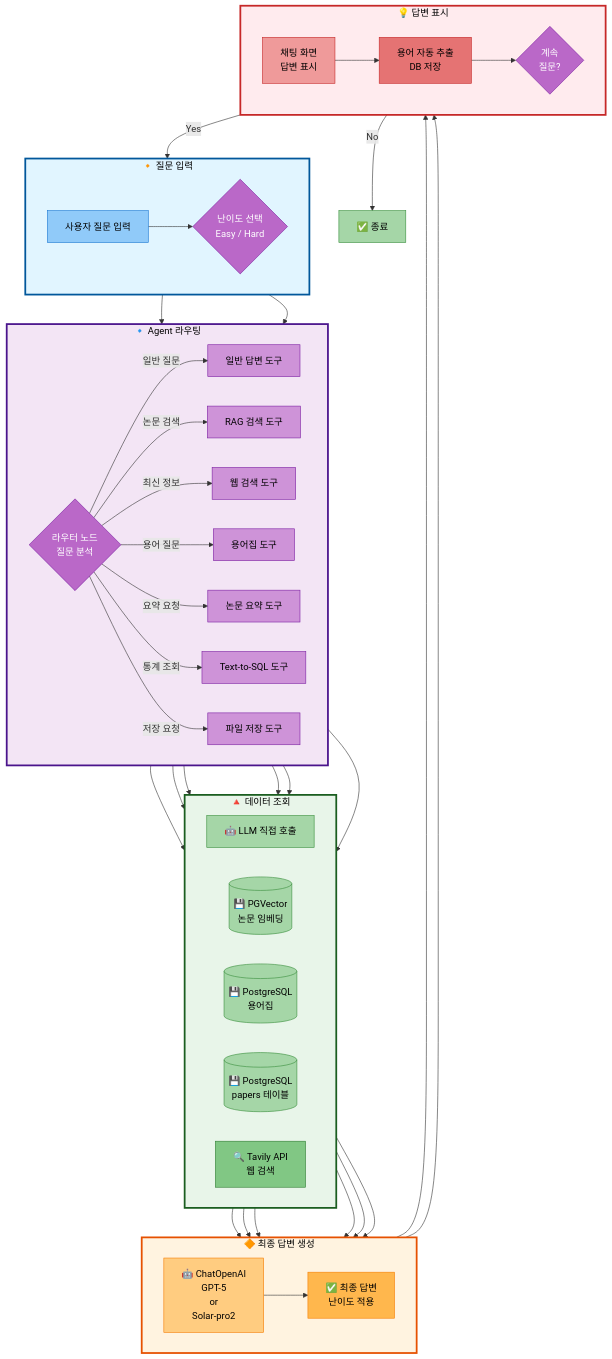
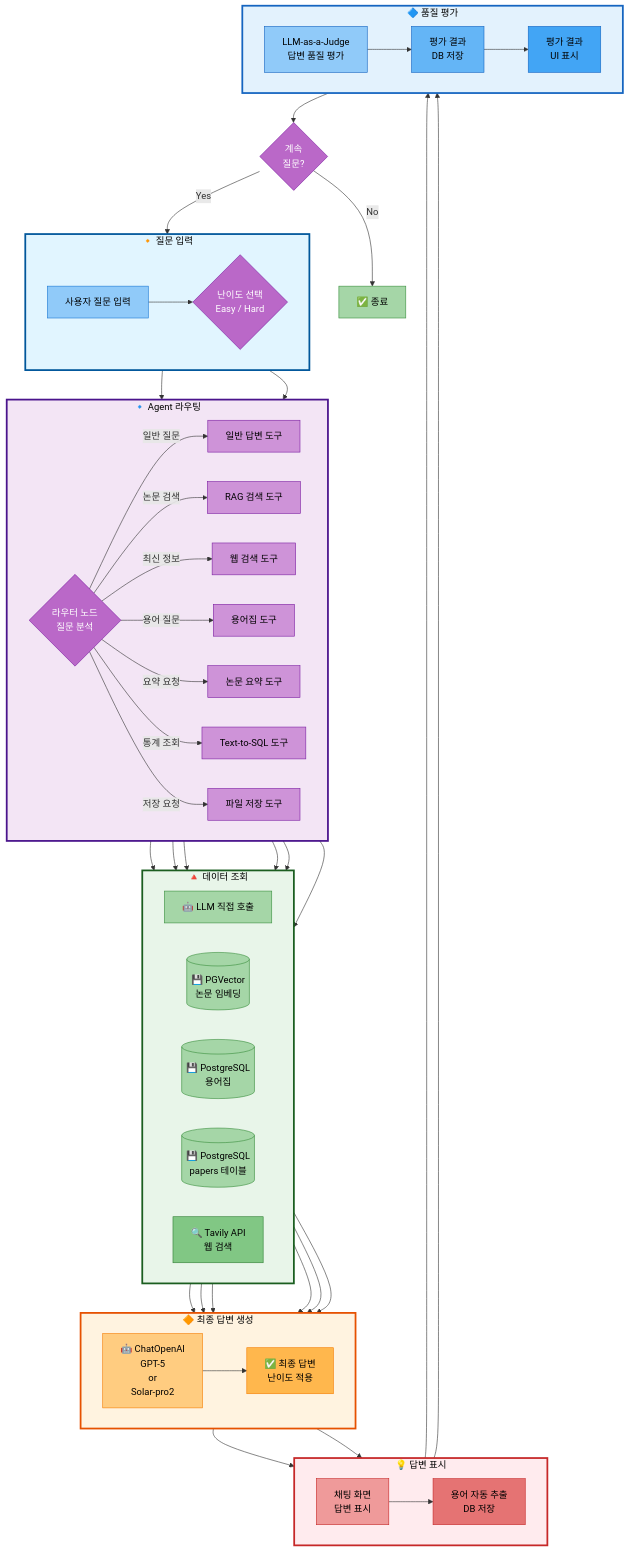
Before and after one commit to AIBootcamp14/langchainproject-new-langchainproject_5: the second of 3 diagrams in docs/modularization/01_프로젝트_구조.md, drawn with Mermaid. The commit also changed other lines of this file, not shown here.

Commit message:
docs: 사용자 질문 처리 흐름도에 실시간 품질 평가 단계 추가
- 품질 평가 subgraph 추가 (LLM-as-a-Judge)
- 평가 노드 3개 추가 (평가 수행, DB 저장, UI 표시)
- 평가 단계 설명 추가 (4가지 평가 지표)
- 워크플로우 흐름: 답변 표시 → 품질 평가 → 계속 질문?
- 참고 사항 업데이트 (실시간 평가로 변경)

````diff
--- a/docs/modularization/01_프로젝트_구조.md
+++ b/docs/modularization/01_프로젝트_구조.md
@@ -156,7 +156,13 @@
         direction LR
         Answer --> ShowAnswer[채팅 화면<br/>답변 표시]
         ShowAnswer --> SaveTerms[용어 자동 추출<br/>DB 저장]
-        SaveTerms --> Continue{계속<br/>질문?}
+    end
+
+    subgraph Evaluation["🔷 품질 평가"]
+        direction LR
+        SaveTerms --> EvalAnswer[LLM-as-a-Judge<br/>답변 품질 평가]
+        EvalAnswer --> SaveEval[평가 결과<br/>DB 저장]
+        SaveEval --> ShowEval[평가 결과<br/>UI 표시]
     end
 
     %% 단계 간 연결
@@ -164,6 +170,8 @@
     AgentProcessing --> DataRetrieval
     DataRetrieval --> ResponseGen
     ResponseGen --> Display
+    Display --> Evaluation
+    ShowEval --> Continue{계속<br/>질문?}
     Continue -->|Yes| Input
     Continue -->|No| End[✅ 종료]
 
@@ -173,6 +181,7 @@
     style DataRetrieval fill:#e8f5e9,stroke:#1b5e20,stroke-width:3px,color:#000
     style ResponseGen fill:#fff3e0,stroke:#e65100,stroke-width:3px,color:#000
     style Display fill:#ffebee,stroke:#c62828,stroke-width:3px,color:#000
+    style Evaluation fill:#e3f2fd,stroke:#1565c0,stroke-width:3px,color:#000
 
     %% 노드 스타일 (입력 - 파랑 계열)
     style User fill:#90caf9,stroke:#1976d2,color:#000
@@ -202,6 +211,13 @@
     %% 노드 스타일 (답변 표시 - 빨강 계열)
     style ShowAnswer fill:#ef9a9a,stroke:#c62828,color:#000
     style SaveTerms fill:#e57373,stroke:#c62828,color:#000
+
+    %% 노드 스타일 (품질 평가 - 파랑 계열)
+    style EvalAnswer fill:#90caf9,stroke:#1565c0,color:#000
+    style SaveEval fill:#64b5f6,stroke:#1565c0,color:#000
+    style ShowEval fill:#42a5f5,stroke:#1565c0,color:#000
+
+    %% 노드 스타일 (흐름 제어)
     style Continue fill:#ba68c8,stroke:#7b1fa2,color:#fff
     style End fill:#a5d6a7,stroke:#388e3c,color:#000
 ```
````
